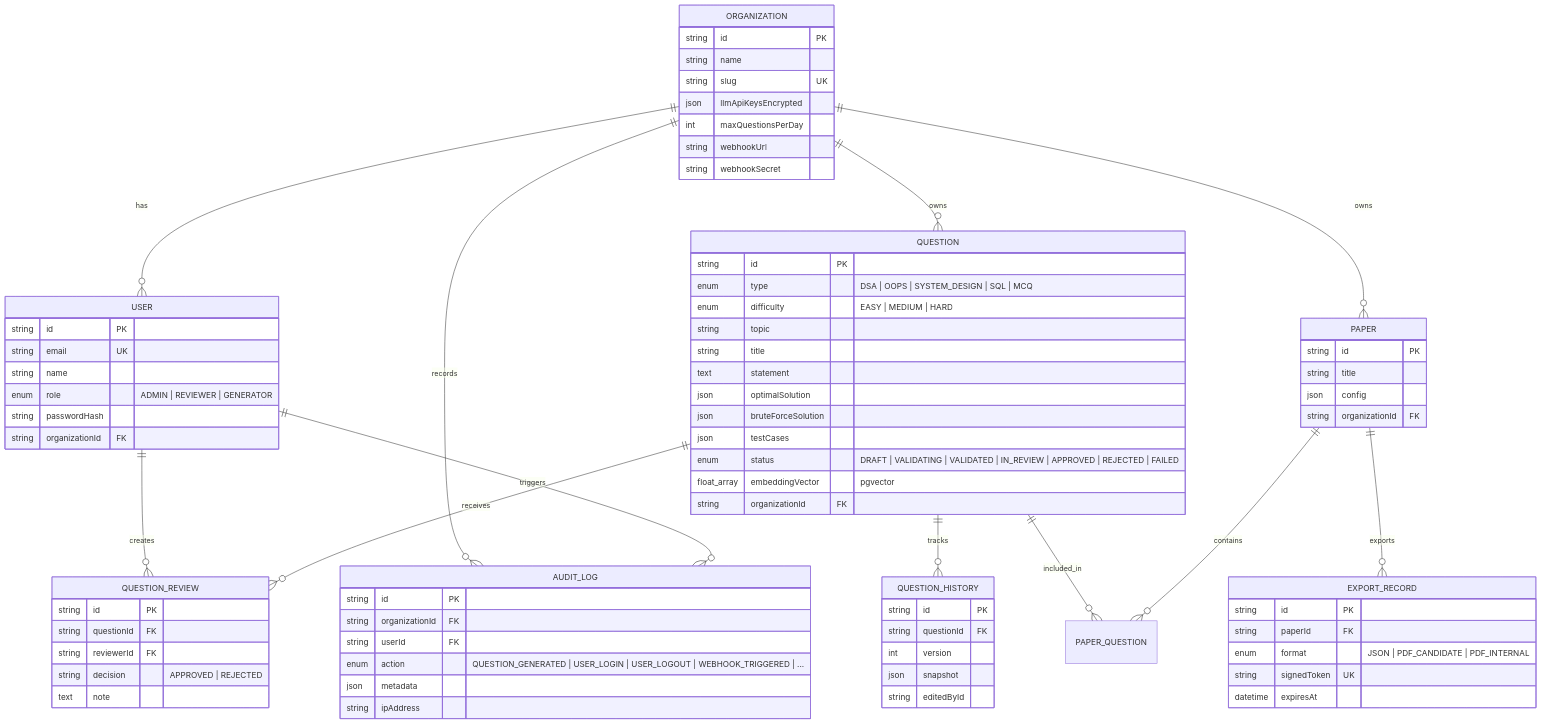
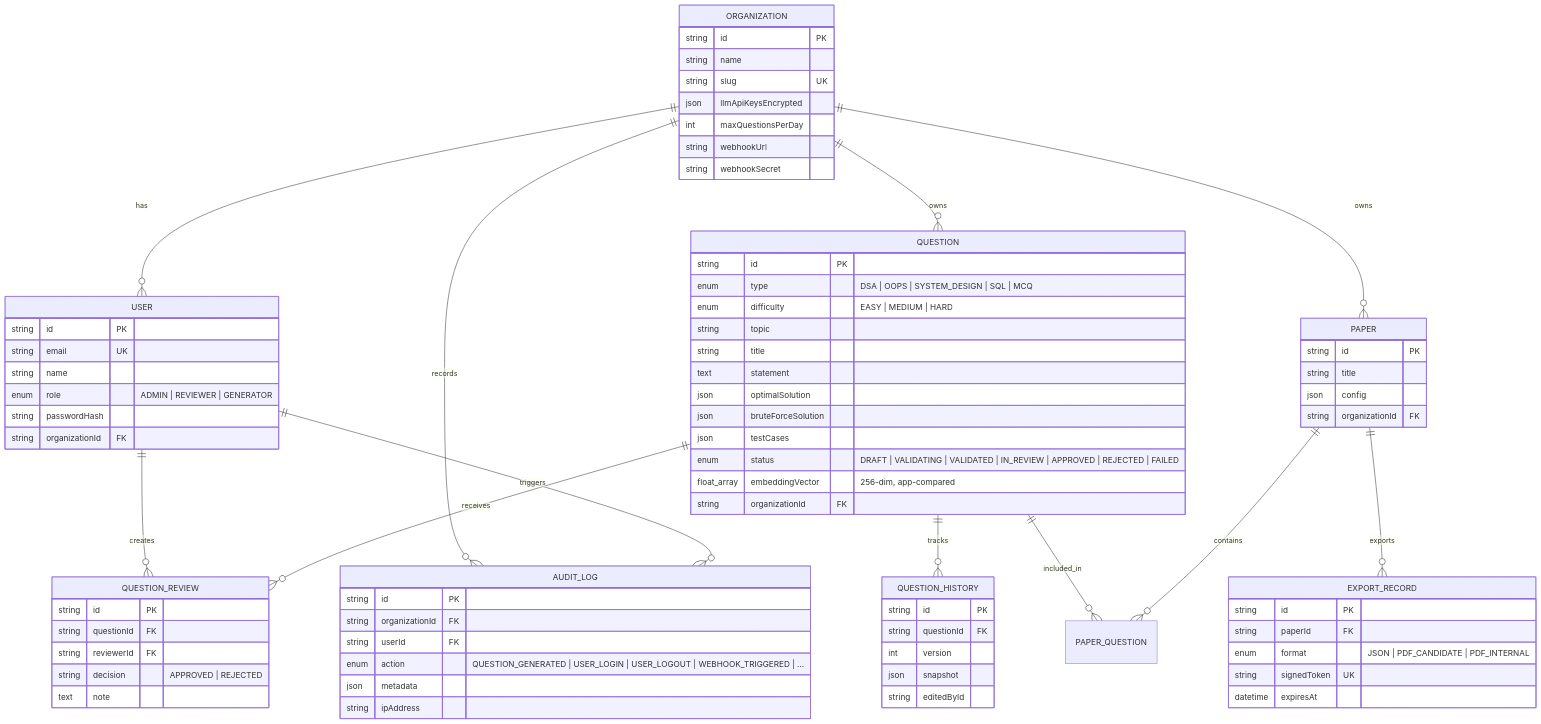
The eighth of 9 diagrams in README.md (yashsrivastava1408/QuestionForge), drawn with Mermaid before and after one commit. The commit also changed other lines of this file and 81 other files, not shown here.

```diff
--- a/README.md
+++ b/README.md
@@ -525,7 +546,7 @@
         json bruteForceSolution
         json testCases
         enum status "DRAFT | VALIDATING | VALIDATED | IN_REVIEW | APPROVED | REJECTED | FAILED"
-        float_array embeddingVector "pgvector"
+        float_array embeddingVector "256-dim, app-compared"
         string organizationId FK
     }
 
```
